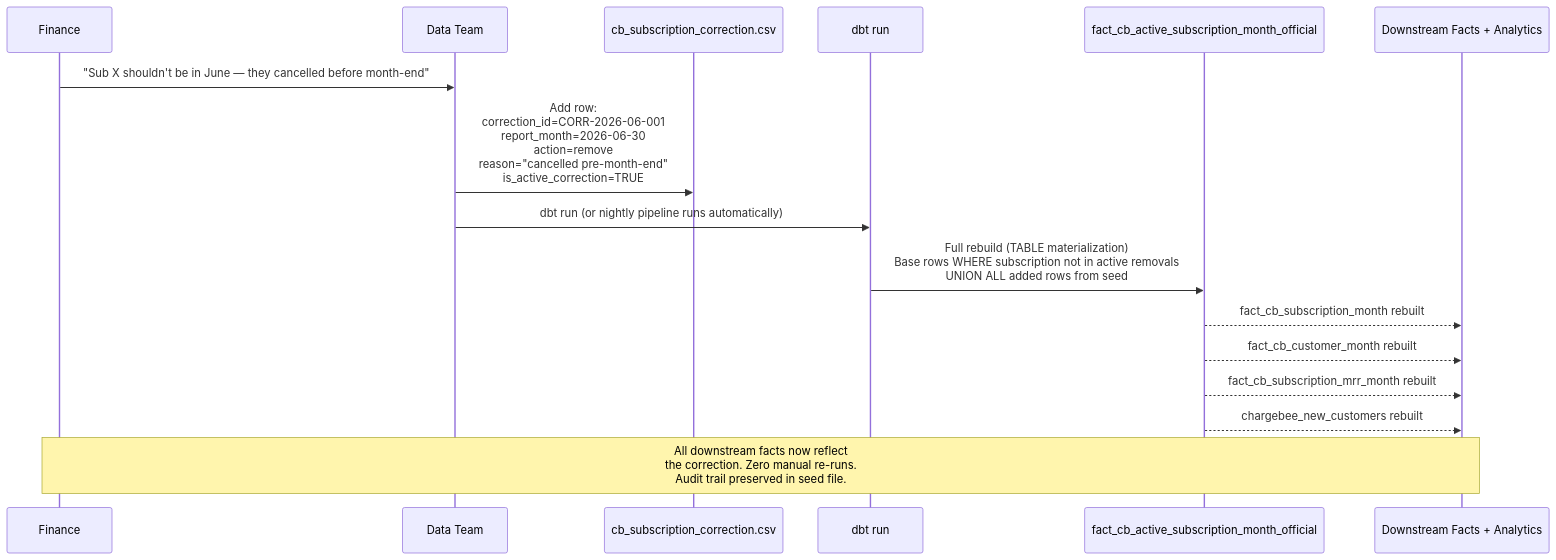
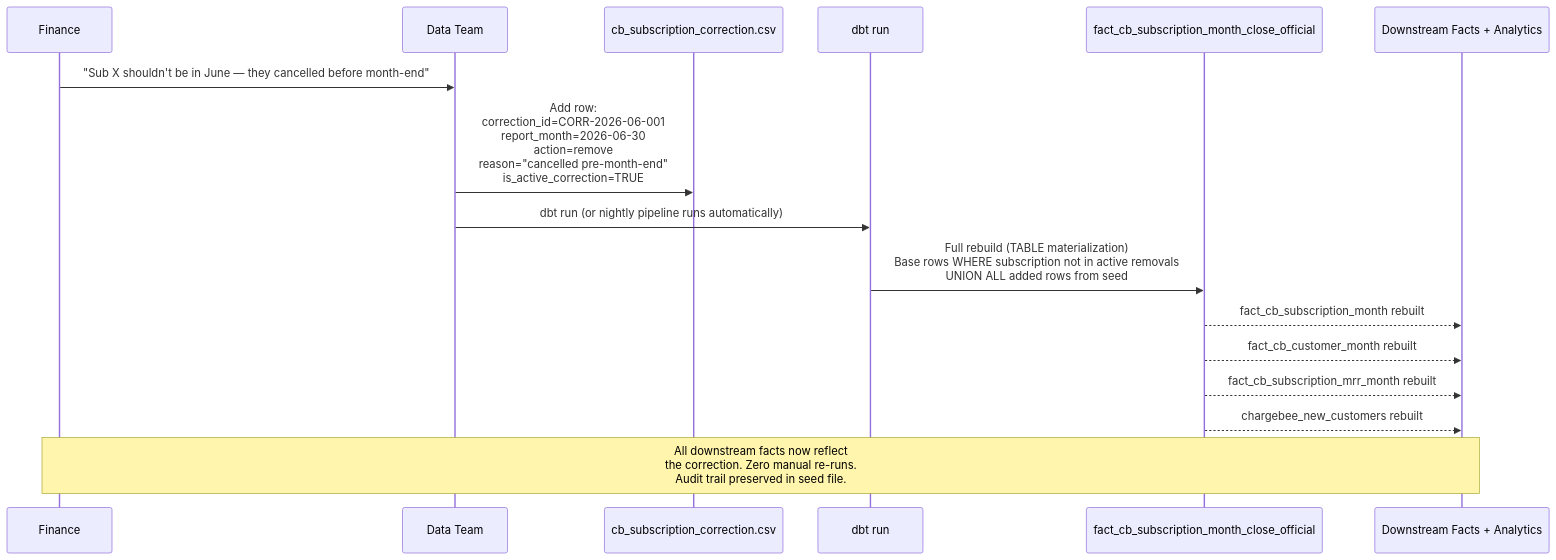
Before and after one commit to rolliyer/test-github-actions: the third of 3 diagrams in EDP-147-chargebee-architecture.md, drawn with Mermaid. The commit also changed other lines of this file, not shown here.

````diff
--- a/EDP-147-chargebee-architecture.md
+++ b/EDP-147-chargebee-architecture.md
@@ -316,22 +316,22 @@
 ```mermaid
 sequenceDiagram
     participant Finance
     participant DataTeam as Data Team
     participant Seed as cb_subscription_correction.csv
     participant dbt as dbt run
-    participant Official as fact_cb_active_subscription_month_official
+    participant Official as fact_cb_subscription_month_close_official
     participant Downstream as Downstream Facts + Analytics
 
     Finance ->> DataTeam: "Sub X shouldn't be in June — they cancelled before month-end"
     DataTeam ->> Seed: Add row:<br/>correction_id=CORR-2026-06-001<br/>report_month=2026-06-30<br/>action=remove<br/>reason="cancelled pre-month-end"<br/>is_active_correction=TRUE
 
     DataTeam ->> dbt: dbt run (or nightly pipeline runs automatically)
 
     dbt ->> Official: Full rebuild (TABLE materialization)<br/>Base rows WHERE subscription not in active removals<br/>UNION ALL added rows from seed
     Official -->> Downstream: fact_cb_subscription_month rebuilt
     Official -->> Downstream: fact_cb_customer_month rebuilt
     Official -->> Downstream: fact_cb_subscription_mrr_month rebuilt
     Official -->> Downstream: chargebee_new_customers rebuilt
 
     Note over Finance,Downstream: All downstream facts now reflect<br/>the correction. Zero manual re-runs.<br/>Audit trail preserved in seed file.
 ```
````
